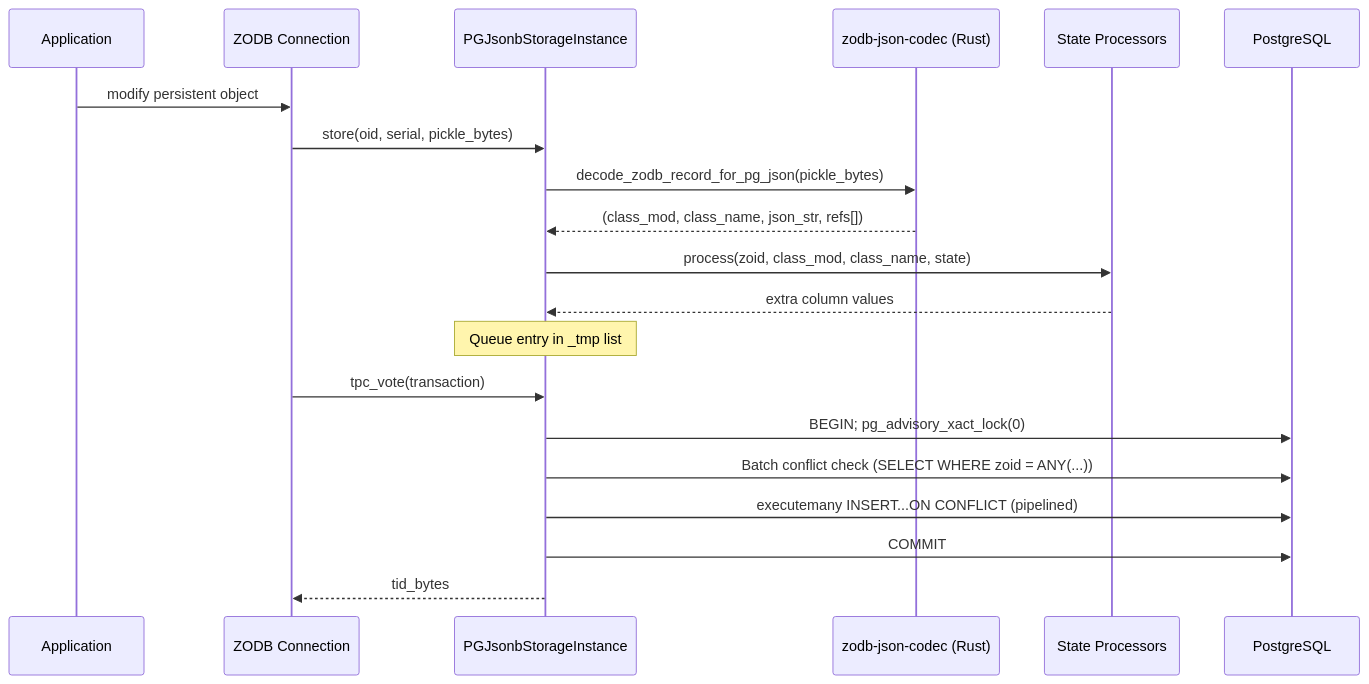
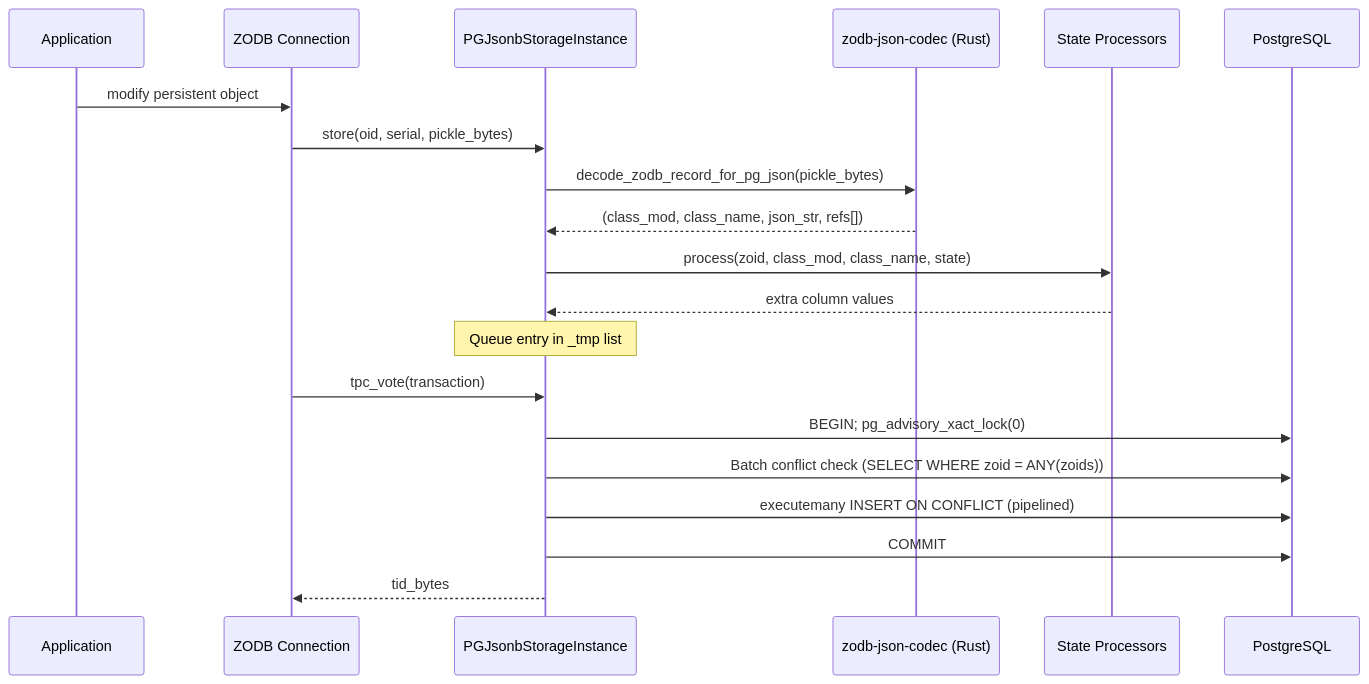
Before and after one commit to bluedynamics/zodb-pgjsonb: the second of 4 diagrams in docs/sources/explanation/architecture.md, drawn with Mermaid. The commit also changed other lines of this file and 5 other files, not shown here.

````diff
--- a/docs/sources/explanation/architecture.md
+++ b/docs/sources/explanation/architecture.md
@@ -44,23 +48,23 @@
 ```{mermaid}
 sequenceDiagram
     participant App as Application
     participant ZODB as ZODB Connection
     participant Inst as PGJsonbStorageInstance
     participant Codec as zodb-json-codec (Rust)
     participant SP as State Processors
     participant PG as PostgreSQL
 
     App->>ZODB: modify persistent object
     ZODB->>Inst: store(oid, serial, pickle_bytes)
     Inst->>Codec: decode_zodb_record_for_pg_json(pickle_bytes)
     Codec-->>Inst: (class_mod, class_name, json_str, refs[])
     Inst->>SP: process(zoid, class_mod, class_name, state)
     SP-->>Inst: extra column values
     Note over Inst: Queue entry in _tmp list
     ZODB->>Inst: tpc_vote(transaction)
     Inst->>PG: BEGIN#59; pg_advisory_xact_lock(0)
-    Inst->>PG: Batch conflict check (SELECT WHERE zoid = ANY(...))
-    Inst->>PG: executemany INSERT...ON CONFLICT (pipelined)
+    Inst->>PG: Batch conflict check (SELECT WHERE zoid = ANY(zoids))
+    Inst->>PG: executemany INSERT ON CONFLICT (pipelined)
     Inst->>PG: COMMIT
     Inst-->>ZODB: tid_bytes
 ```
````
